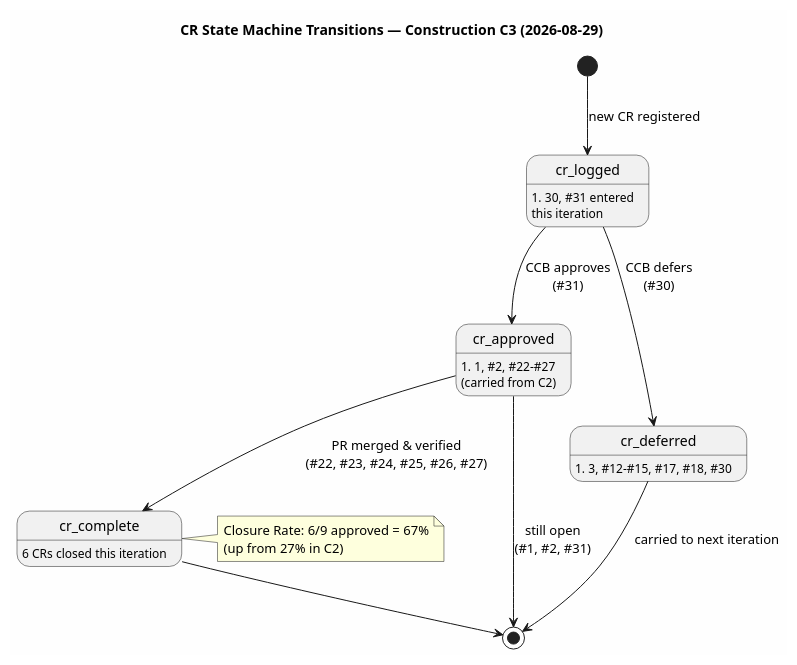
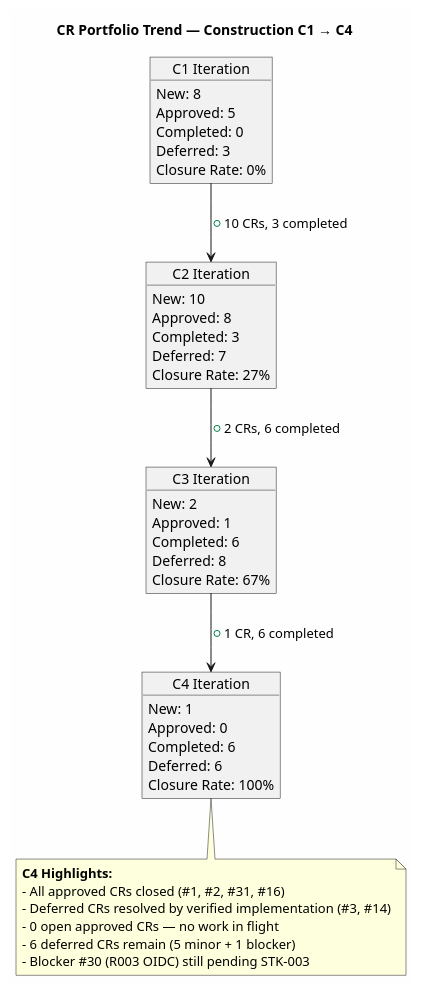
Before and after one commit to banense-test/portal-cuba-corp: the second of 2 diagrams in docs/artifacts/configuration---change-management/change-request.md, drawn with PlantUML. The commit also changed other lines of this file, not shown here.

````diff
--- a/docs/artifacts/configuration---change-management/change-request.md
+++ b/docs/artifacts/configuration---change-management/change-request.md
@@ -71,41 +71,54 @@
 ```plantuml
-@startuml CR_State_Transitions_C3
-title CR State Machine Transitions — Construction C3 (2026-08-29)
+@startuml CR_Trend_C1_to_C4
+title CR Portfolio Trend — Construction C1 → C4
 
 skinparam backgroundColor #FEFEFE
 skinparam shadowing false
 
-[*] --> cr_logged : new CR registered
-
-state cr_logged {
-  cr_logged : #30, #31 entered\nthis iteration
+object "C1 Iteration" as c1 {
+  New: 8
+  Approved: 5
+  Completed: 0
+  Deferred: 3
+  Closure Rate: 0%
 }
 
-cr_logged --> cr_approved : CCB approves\n(#31)
-cr_logged --> cr_deferred : CCB defers\n(#30)
-
-state cr_approved {
-  cr_approved : #1, #2, #22-#27\n(carried from C2)
+object "C2 Iteration" as c2 {
+  New: 10
+  Approved: 8
+  Completed: 3
+  Deferred: 7
+  Closure Rate: 27%
 }
 
-state cr_deferred {
-  cr_deferred : #3, #12-#15, #17, #18, #30
+object "C3 Iteration" as c3 {
+  New: 2
+  Approved: 1
+  Completed: 6
+  Deferred: 8
+  Closure Rate: 67%
 }
 
-cr_approved --> cr_complete : PR merged & verified\n(#22, #23, #24, #25, #26, #27)
-
-state cr_complete {
-  cr_complete : 6 CRs closed this iteration
+object "C4 Iteration" as c4 {
+  New: 1
+  Approved: 0
+  Completed: 6
+  Deferred: 6
+  Closure Rate: 100%
 }
 
-cr_complete --> [*]
-cr_deferred --> [*] : carried to next iteration
-cr_approved --> [*] : still open\n(#1, #2, #31)
+c1 --> c2 : +10 CRs, 3 completed
+c2 --> c3 : +2 CRs, 6 completed
+c3 --> c4 : +1 CR, 6 completed
 
-note right of cr_complete
-  Closure Rate: 6/9 approved = 67%
-  (up from 27% in C2)
+note bottom of c4
+  **C4 Highlights:**
+  - All approved CRs closed (#1, #2, #31, #16)
+  - Deferred CRs resolved by verified implementation (#3, #14)
+  - 0 open approved CRs — no work in flight
+  - 6 deferred CRs remain (5 minor + 1 blocker)
+  - Blocker #30 (R003 OIDC) still pending STK-003
 end note
 
 @enduml
 ```
````
